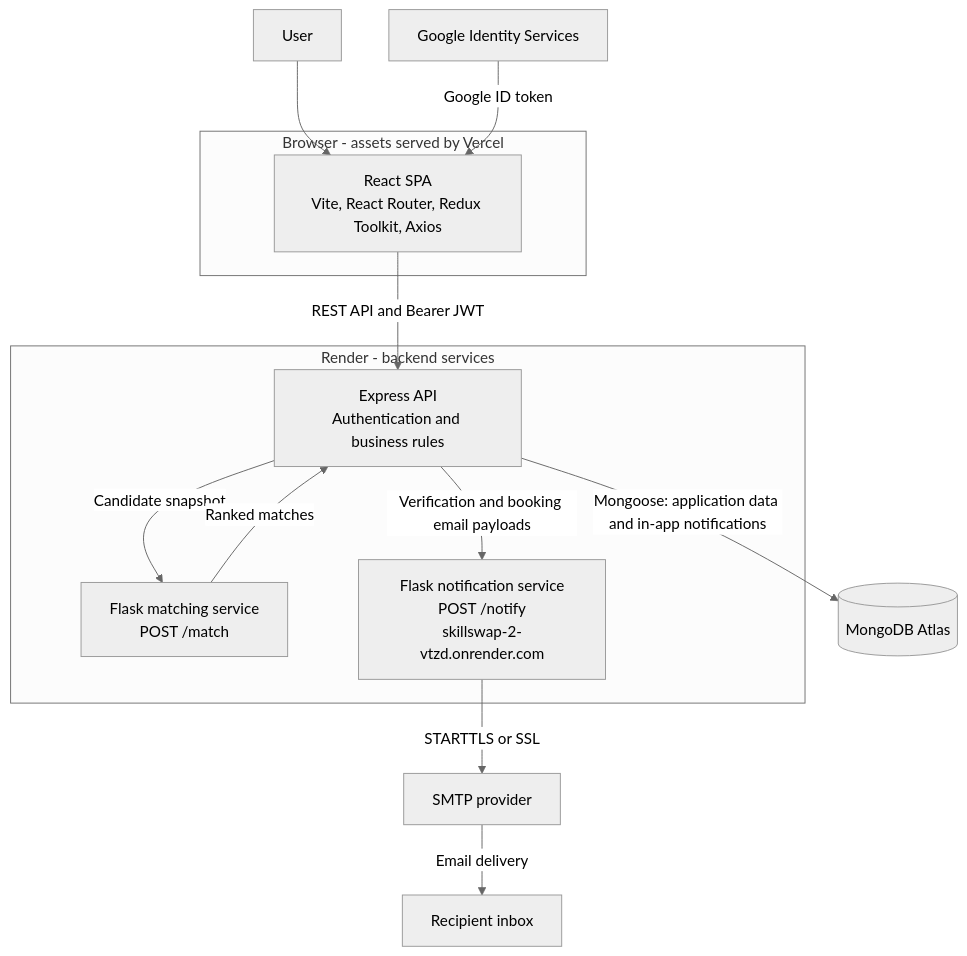
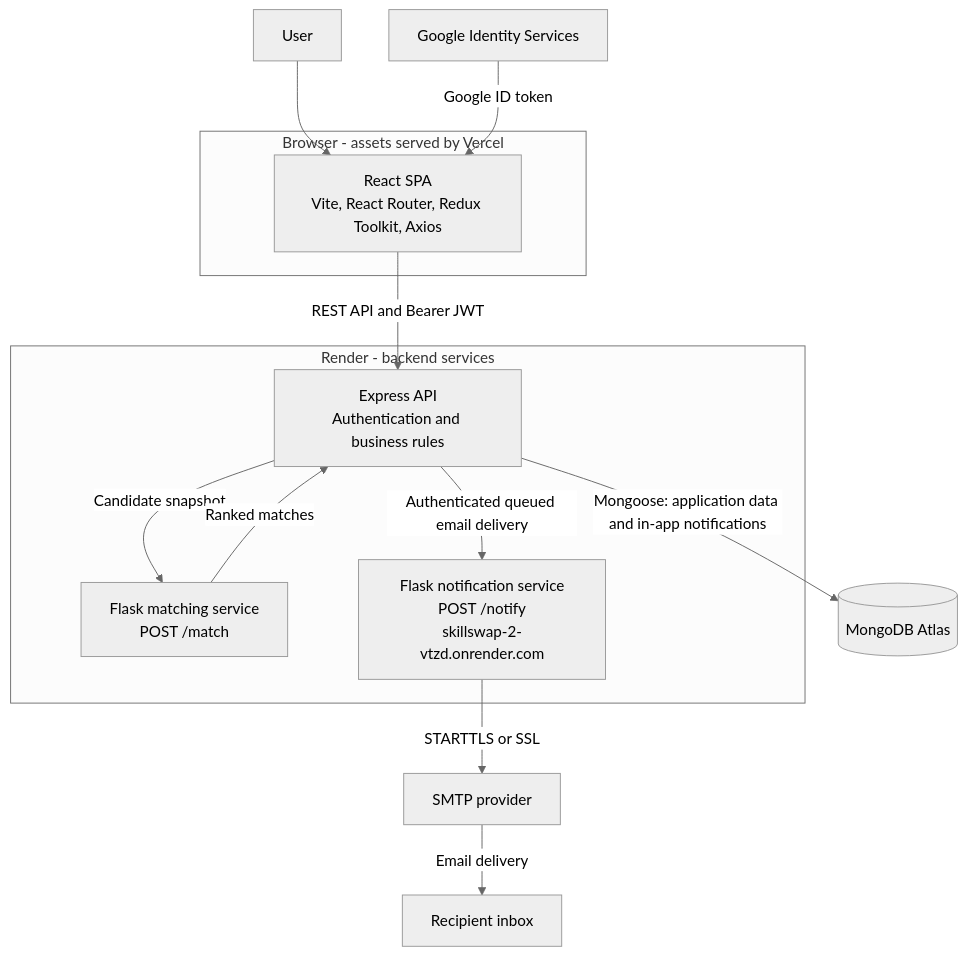
One commit to eeemrann/skillswap changed the first of 7 diagrams in README.md. Above: the diagram before and after it, drawn with Mermaid (neutral theme). The commit also changed other lines of this file and 43 other files, not shown here.

````diff
--- a/README.md
+++ b/README.md
@@ -37,29 +37,29 @@
 ```mermaid
 flowchart TB
     User["User"]
 
     subgraph Browser["Browser - assets served by Vercel"]
         SPA["React SPA<br/>Vite, React Router, Redux Toolkit, Axios"]
     end
 
     subgraph Render["Render - backend services"]
         API["Express API<br/>Authentication and business rules"]
         Match["Flask matching service<br/>POST /match"]
         Email["Flask notification service<br/>POST /notify<br/>skillswap-2-vtzd.onrender.com"]
     end
 
     Mongo[("MongoDB Atlas")]
     Google["Google Identity Services"]
     SMTP["SMTP provider"]
     Inbox["Recipient inbox"]
 
     User --> SPA
     Google -->|"Google ID token"| SPA
     SPA -->|"REST API and Bearer JWT"| API
     API -->|"Mongoose: application data and in-app notifications"| Mongo
     API -->|"Candidate snapshot"| Match
     Match -->|"Ranked matches"| API
-    API -->|"Verification and booking email payloads"| Email
+    API -->|"Authenticated queued email delivery"| Email
     Email -->|"STARTTLS or SSL"| SMTP
     SMTP -->|"Email delivery"| Inbox
 ```
````
